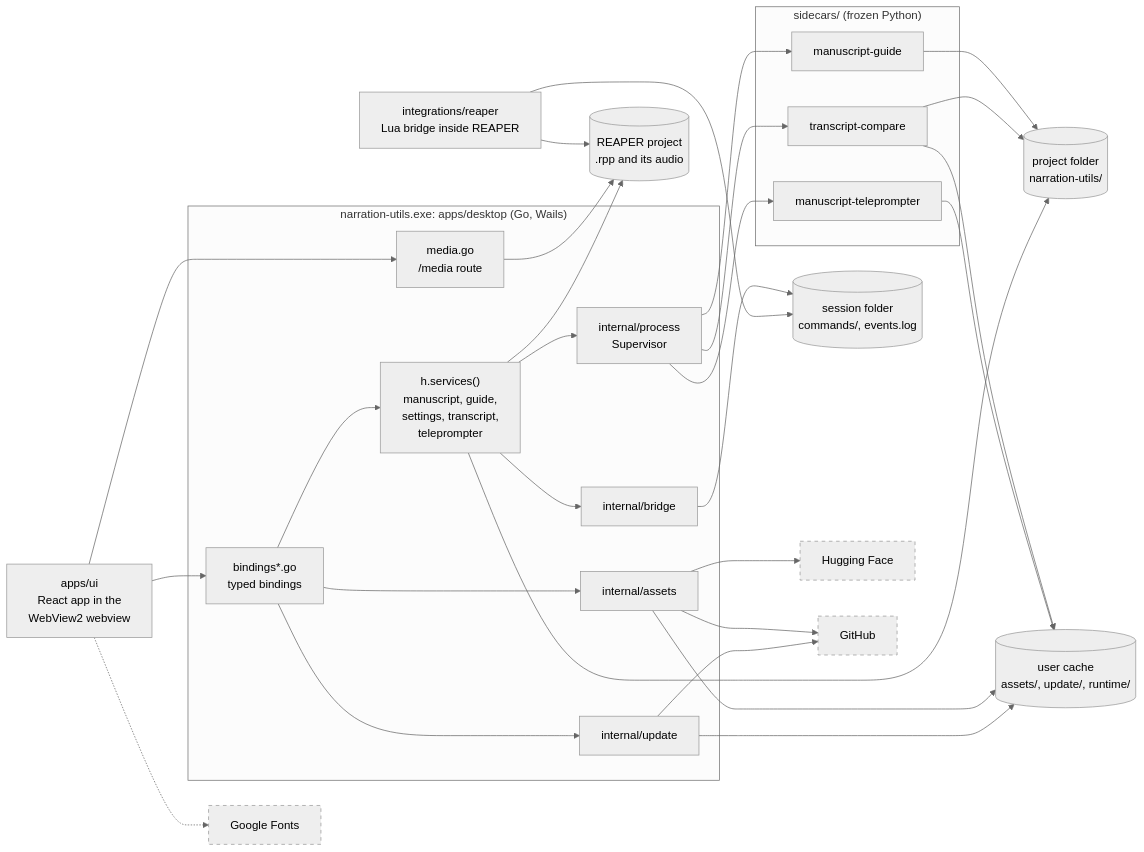
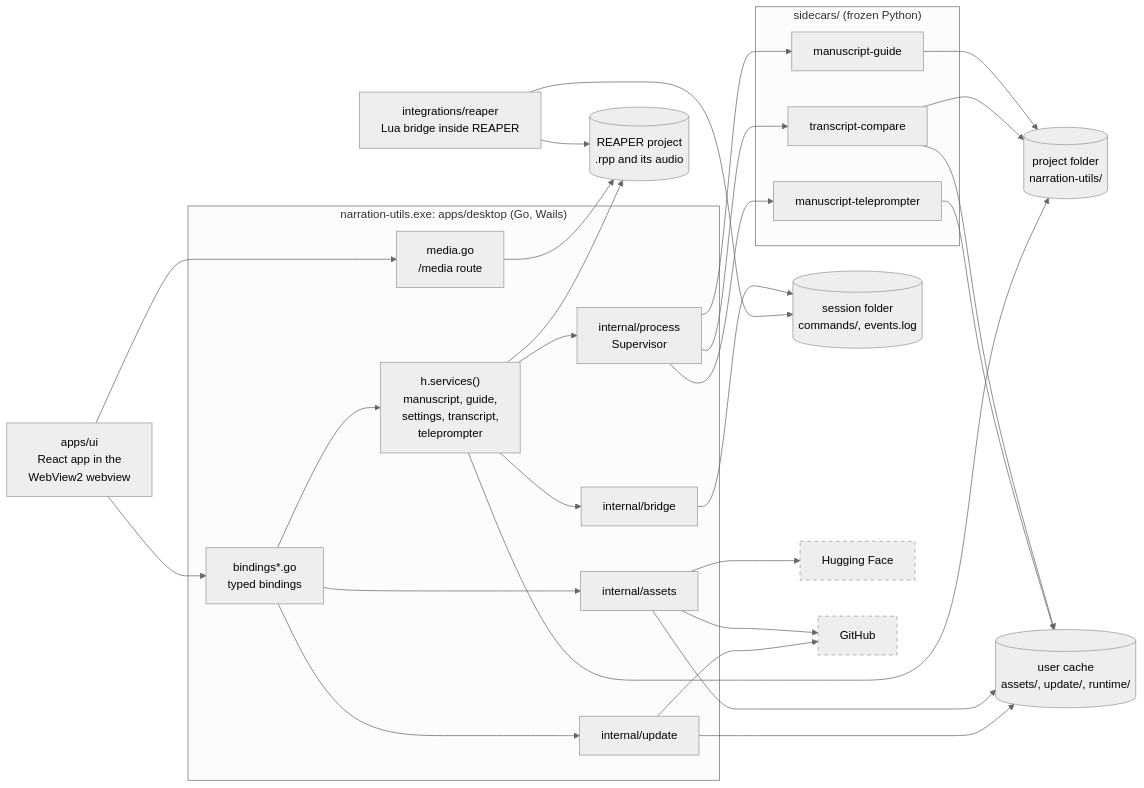
The diagram in docs/architecture/codebase-map.md (countrymanprime/narration-utils), drawn with Mermaid (neutral theme) before and after one commit. The commit also changed other lines of this file and 17 other files, not shown here.

````diff
--- a/docs/architecture/codebase-map.md
+++ b/docs/architecture/codebase-map.md
@@ -73,54 +73,52 @@
 ```mermaid
 flowchart LR
   ui["apps/ui<br/>React app in the<br/>WebView2 webview"]
   subgraph host["narration-utils.exe: apps/desktop (Go, Wails)"]
     bindings["bindings*.go<br/>typed bindings"]
     services["h.services()<br/>manuscript, guide,<br/>settings, transcript,<br/>teleprompter"]
     assets["internal/assets"]
     update["internal/update"]
     supervisor["internal/process<br/>Supervisor"]
     bridgeclient["internal/bridge"]
     media["media.go<br/>/media route"]
   end
   subgraph sidecars["sidecars/ (frozen Python)"]
     guide["manuscript-guide"]
     compare["transcript-compare"]
     teleprompter["manuscript-teleprompter"]
   end
   lua["integrations/reaper<br/>Lua bridge inside REAPER"]
   rpp[("REAPER project<br/>.rpp and its audio")]
   project[("project folder<br/>narration-utils/")]
   cache[("user cache<br/>assets/, update/, runtime/")]
   session[("session folder<br/>commands/, events.log")]
   huggingface["Hugging Face"]
   github["GitHub"]
-  fonts["Google Fonts"]
   ui --> bindings
   ui --> media
-  ui -.-> fonts
   bindings --> services
   bindings --> assets
   bindings --> update
   services --> supervisor
   services --> bridgeclient
   supervisor --> guide
   supervisor --> compare
   supervisor --> teleprompter
   guide --> project
   compare --> project
   compare --> cache
   teleprompter --> cache
   bridgeclient --> session
   lua --> session
   media --> rpp
   lua --> rpp
   services --> rpp
   assets --> cache
   assets --> huggingface
   assets --> github
   update --> github
   update --> cache
   services --> project
   classDef offmachine stroke-dasharray: 5 5
-  class huggingface,github,fonts offmachine
+  class huggingface,github offmachine
 ```
````
